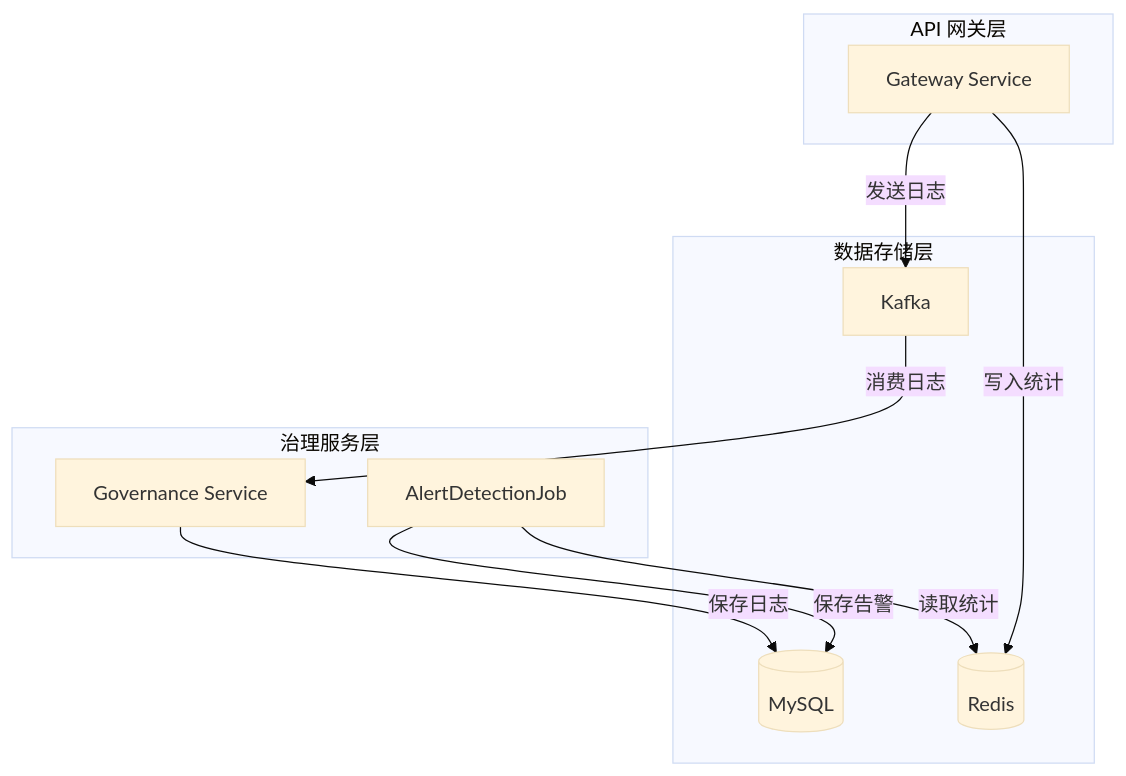
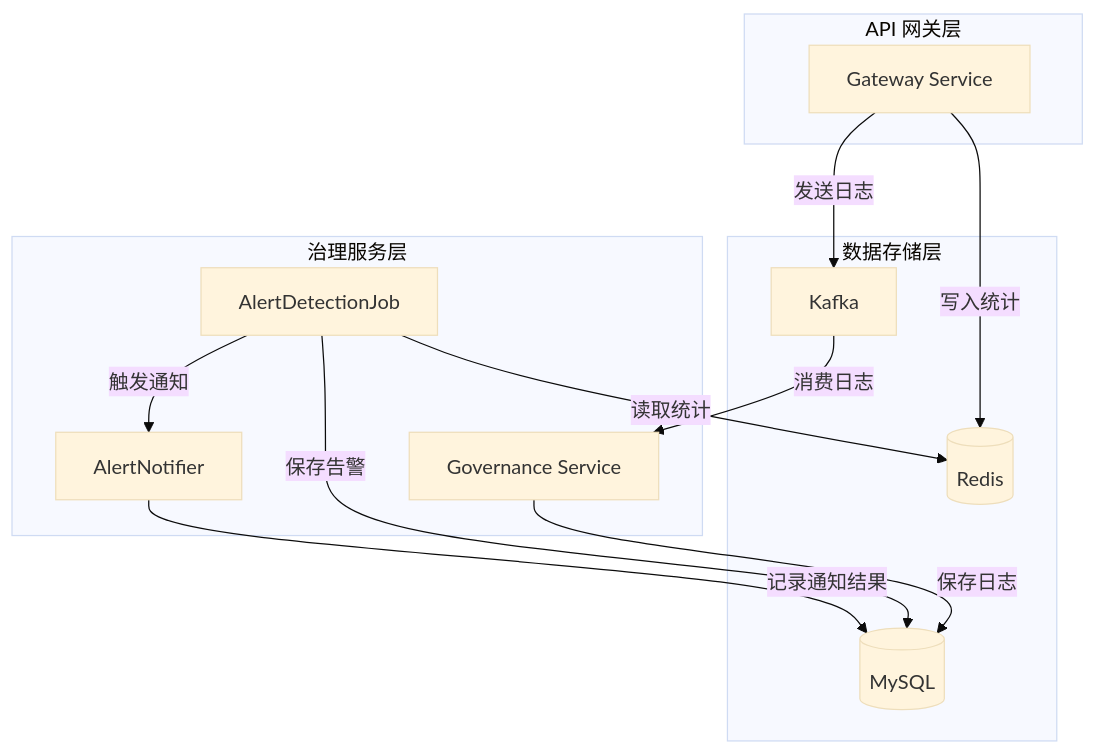
One commit to DevYangJC/intelli_hub changed the first of 10 diagrams in docs/告警系统流程说明书.md. Above: the diagram before and after it, drawn with Mermaid (base theme). The commit also changed other lines of this file and 59 other files, not shown here.

````diff
--- a/docs/告警系统流程说明书.md
+++ b/docs/告警系统流程说明书.md
@@ -16,24 +29,27 @@
 ```mermaid
 graph TB
     subgraph "API 网关层"
         GW[Gateway Service]
     end
     
     subgraph "数据存储层"
         REDIS[(Redis)]
         KAFKA[Kafka]
         MYSQL[(MySQL)]
     end
     
     subgraph "治理服务层"
         GOV[Governance Service]
         JOB[AlertDetectionJob]
+        NOTIFY[AlertNotifier]
     end
     
     GW -->|写入统计| REDIS
     GW -->|发送日志| KAFKA
     KAFKA -->|消费日志| GOV
     GOV -->|保存日志| MYSQL
     JOB -->|读取统计| REDIS
     JOB -->|保存告警| MYSQL
+    JOB -->|触发通知| NOTIFY
+    NOTIFY -->|记录通知结果| MYSQL
 ```
````
